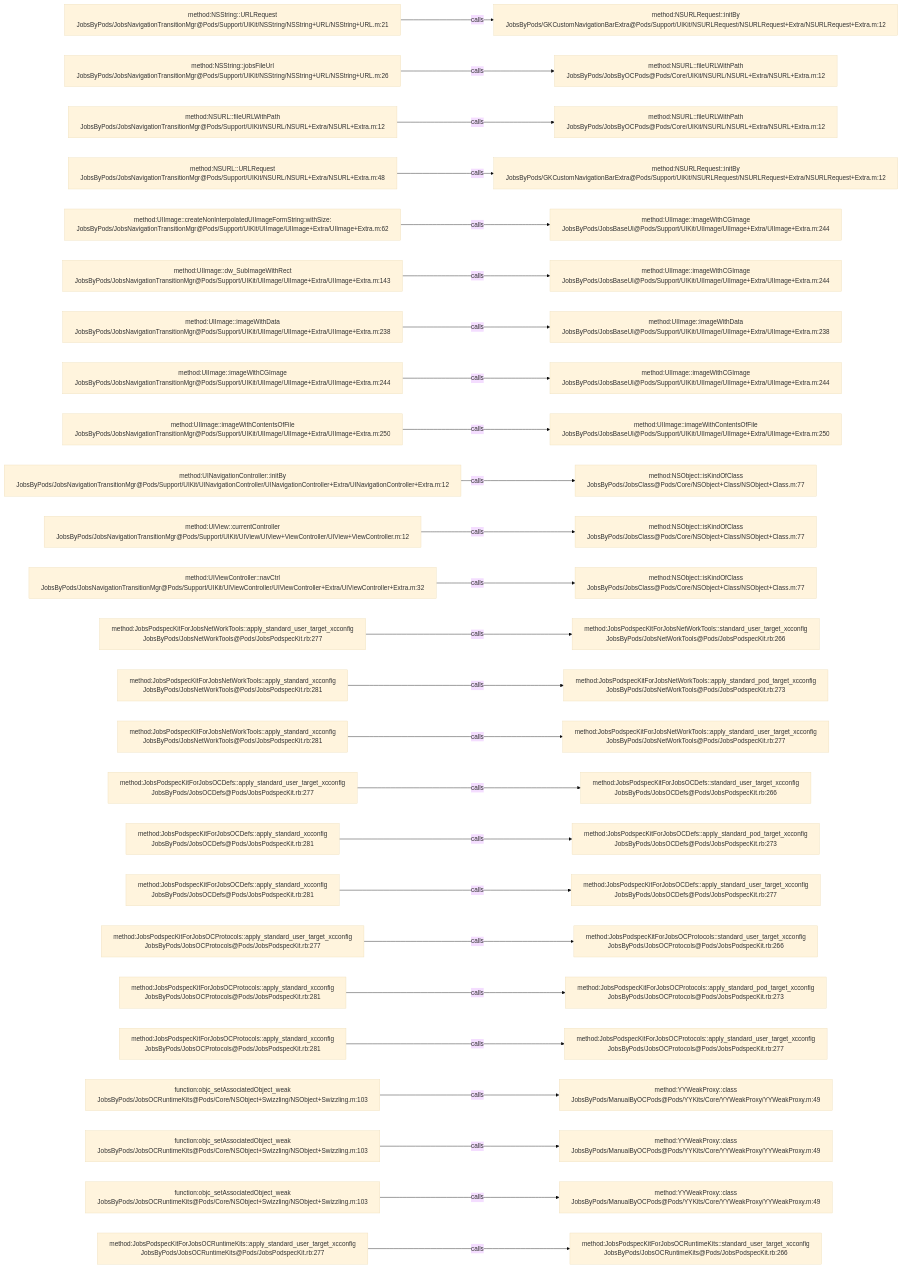
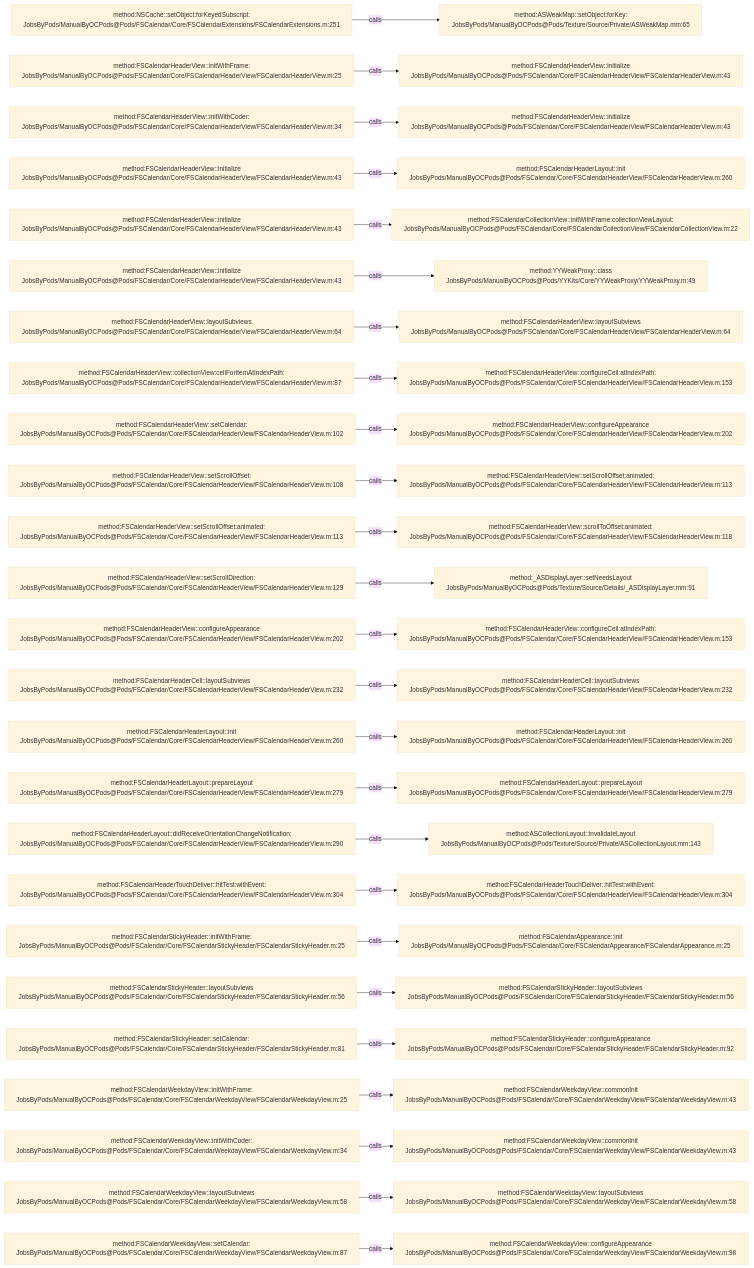
One commit to JobsKits/JobsOCBaseConfigDemo changed the diagram in .codegraph/codegraph.md/graphs/calls-011.md. Above: the diagram before and after it, drawn with Mermaid (base theme). The commit also changed 1448 other files, not shown here.

````diff
--- a/.codegraph/codegraph.md/graphs/calls-011.md
+++ b/.codegraph/codegraph.md/graphs/calls-011.md
@@ -13,78 +13,78 @@
 ```mermaid
 flowchart LR
-  S1["method:NSString::URLRequest<br/>JobsByPods/JobsNavigationTransitionMgr@Pods/Support/UIKit/NSString/NSString+URL/NSString+URL.m:21"]
-  T1["method:NSURLRequest::initBy<br/>JobsByPods/GKCustomNavigationBarExtra@Pods/Support/UIKit/NSURLRequest/NSURLRequest+Extra/NSURLRequest+Extra.m:12"]
+  S1["method:NSCache::setObject:forKeyedSubscript:<br/>JobsByPods/ManualByOCPods@Pods/FSCalendar/Core/FSCalendarExtensions/FSCalendarExtensions.m:251"]
+  T1["method:ASWeakMap::setObject:forKey:<br/>JobsByPods/ManualByOCPods@Pods/Texture/Source/Private/ASWeakMap.mm:65"]
   S1 -->|calls| T1
-  S2["method:NSString::jobsFileUrl<br/>JobsByPods/JobsNavigationTransitionMgr@Pods/Support/UIKit/NSString/NSString+URL/NSString+URL.m:26"]
-  T2["method:NSURL::fileURLWithPath<br/>JobsByPods/JobsByOCPods@Pods/Core/UIKit/NSURL/NSURL+Extra/NSURL+Extra.m:12"]
+  S2["method:FSCalendarHeaderView::initWithFrame:<br/>JobsByPods/ManualByOCPods@Pods/FSCalendar/Core/FSCalendarHeaderView/FSCalendarHeaderView.m:25"]
+  T2["method:FSCalendarHeaderView::initialize<br/>JobsByPods/ManualByOCPods@Pods/FSCalendar/Core/FSCalendarHeaderView/FSCalendarHeaderView.m:43"]
   S2 -->|calls| T2
-  S3["method:NSURL::fileURLWithPath<br/>JobsByPods/JobsNavigationTransitionMgr@Pods/Support/UIKit/NSURL/NSURL+Extra/NSURL+Extra.m:12"]
-  T3["method:NSURL::fileURLWithPath<br/>JobsByPods/JobsByOCPods@Pods/Core/UIKit/NSURL/NSURL+Extra/NSURL+Extra.m:12"]
+  S3["method:FSCalendarHeaderView::initWithCoder:<br/>JobsByPods/ManualByOCPods@Pods/FSCalendar/Core/FSCalendarHeaderView/FSCalendarHeaderView.m:34"]
+  T3["method:FSCalendarHeaderView::initialize<br/>JobsByPods/ManualByOCPods@Pods/FSCalendar/Core/FSCalendarHeaderView/FSCalendarHeaderView.m:43"]
   S3 -->|calls| T3
-  S4["method:NSURL::URLRequest<br/>JobsByPods/JobsNavigationTransitionMgr@Pods/Support/UIKit/NSURL/NSURL+Extra/NSURL+Extra.m:48"]
-  T4["method:NSURLRequest::initBy<br/>JobsByPods/GKCustomNavigationBarExtra@Pods/Support/UIKit/NSURLRequest/NSURLRequest+Extra/NSURLRequest+Extra.m:12"]
+  S4["method:FSCalendarHeaderView::initialize<br/>JobsByPods/ManualByOCPods@Pods/FSCalendar/Core/FSCalendarHeaderView/FSCalendarHeaderView.m:43"]
+  T4["method:FSCalendarHeaderLayout::init<br/>JobsByPods/ManualByOCPods@Pods/FSCalendar/Core/FSCalendarHeaderView/FSCalendarHeaderView.m:260"]
   S4 -->|calls| T4
-  S5["method:UIImage::createNonInterpolatedUIImageFormString:withSize:<br/>JobsByPods/JobsNavigationTransitionMgr@Pods/Support/UIKit/UIImage/UIImage+Extra/UIImage+Extra.m:62"]
-  T5["method:UIImage::imageWithCGImage<br/>JobsByPods/JobsBaseUI@Pods/Support/UIKit/UIImage/UIImage+Extra/UIImage+Extra.m:244"]
+  S5["method:FSCalendarHeaderView::initialize<br/>JobsByPods/ManualByOCPods@Pods/FSCalendar/Core/FSCalendarHeaderView/FSCalendarHeaderView.m:43"]
+  T5["method:FSCalendarCollectionView::initWithFrame:collectionViewLayout:<br/>JobsByPods/ManualByOCPods@Pods/FSCalendar/Core/FSCalendarCollectionView/FSCalendarCollectionView.m:22"]
   S5 -->|calls| T5
-  S6["method:UIImage::dw_SubImageWithRect<br/>JobsByPods/JobsNavigationTransitionMgr@Pods/Support/UIKit/UIImage/UIImage+Extra/UIImage+Extra.m:143"]
-  T6["method:UIImage::imageWithCGImage<br/>JobsByPods/JobsBaseUI@Pods/Support/UIKit/UIImage/UIImage+Extra/UIImage+Extra.m:244"]
+  S6["method:FSCalendarHeaderView::initialize<br/>JobsByPods/ManualByOCPods@Pods/FSCalendar/Core/FSCalendarHeaderView/FSCalendarHeaderView.m:43"]
+  T6["method:YYWeakProxy::class<br/>JobsByPods/ManualByOCPods@Pods/YYKits/Core/YYWeakProxy/YYWeakProxy.m:49"]
   S6 -->|calls| T6
-  S7["method:UIImage::imageWithData<br/>JobsByPods/JobsNavigationTransitionMgr@Pods/Support/UIKit/UIImage/UIImage+Extra/UIImage+Extra.m:238"]
-  T7["method:UIImage::imageWithData<br/>JobsByPods/JobsBaseUI@Pods/Support/UIKit/UIImage/UIImage+Extra/UIImage+Extra.m:238"]
+  S7["method:FSCalendarHeaderView::layoutSubviews<br/>JobsByPods/ManualByOCPods@Pods/FSCalendar/Core/FSCalendarHeaderView/FSCalendarHeaderView.m:64"]
+  T7["method:FSCalendarHeaderView::layoutSubviews<br/>JobsByPods/ManualByOCPods@Pods/FSCalendar/Core/FSCalendarHeaderView/FSCalendarHeaderView.m:64"]
   S7 -->|calls| T7
-  S8["method:UIImage::imageWithCGImage<br/>JobsByPods/JobsNavigationTransitionMgr@Pods/Support/UIKit/UIImage/UIImage+Extra/UIImage+Extra.m:244"]
-  T8["method:UIImage::imageWithCGImage<br/>JobsByPods/JobsBaseUI@Pods/Support/UIKit/UIImage/UIImage+Extra/UIImage+Extra.m:244"]
+  S8["method:FSCalendarHeaderView::collectionView:cellForItemAtIndexPath:<br/>JobsByPods/ManualByOCPods@Pods/FSCalendar/Core/FSCalendarHeaderView/FSCalendarHeaderView.m:87"]
+  T8["method:FSCalendarHeaderView::configureCell:atIndexPath:<br/>JobsByPods/ManualByOCPods@Pods/FSCalendar/Core/FSCalendarHeaderView/FSCalendarHeaderView.m:153"]
   S8 -->|calls| T8
-  S9["method:UIImage::imageWithContentsOfFile<br/>JobsByPods/JobsNavigationTransitionMgr@Pods/Support/UIKit/UIImage/UIImage+Extra/UIImage+Extra.m:250"]
-  T9["method:UIImage::imageWithContentsOfFile<br/>JobsByPods/JobsBaseUI@Pods/Support/UIKit/UIImage/UIImage+Extra/UIImage+Extra.m:250"]
+  S9["method:FSCalendarHeaderView::setCalendar:<br/>JobsByPods/ManualByOCPods@Pods/FSCalendar/Core/FSCalendarHeaderView/FSCalendarHeaderView.m:102"]
+  T9["method:FSCalendarHeaderView::configureAppearance<br/>JobsByPods/ManualByOCPods@Pods/FSCalendar/Core/FSCalendarHeaderView/FSCalendarHeaderView.m:202"]
   S9 -->|calls| T9
-  S10["method:UINavigationController::initBy<br/>JobsByPods/JobsNavigationTransitionMgr@Pods/Support/UIKit/UINavigationController/UINavigationController+Extra/UINavigationController+Extra.m:12"]
-  T10["method:NSObject::isKindOfClass<br/>JobsByPods/JobsClass@Pods/Core/NSObject+Class/NSObject+Class.m:77"]
+  S10["method:FSCalendarHeaderView::setScrollOffset:<br/>JobsByPods/ManualByOCPods@Pods/FSCalendar/Core/FSCalendarHeaderView/FSCalendarHeaderView.m:108"]
+  T10["method:FSCalendarHeaderView::setScrollOffset:animated:<br/>JobsByPods/ManualByOCPods@Pods/FSCalendar/Core/FSCalendarHeaderView/FSCalendarHeaderView.m:113"]
   S10 -->|calls| T10
-  S11["method:UIView::currentController<br/>JobsByPods/JobsNavigationTransitionMgr@Pods/Support/UIKit/UIView/UIView+ViewController/UIView+ViewController.m:12"]
-  T11["method:NSObject::isKindOfClass<br/>JobsByPods/JobsClass@Pods/Core/NSObject+Class/NSObject+Class.m:77"]
+  S11["method:FSCalendarHeaderView::setScrollOffset:animated:<br/>JobsByPods/ManualByOCPods@Pods/FSCalendar/Core/FSCalendarHeaderView/FSCalendarHeaderView.m:113"]
+  T11["method:FSCalendarHeaderView::scrollToOffset:animated:<br/>JobsByPods/ManualByOCPods@Pods/FSCalendar/Core/FSCalendarHeaderView/FSCalendarHeaderView.m:118"]
   S11 -->|calls| T11
-  S12["method:UIViewController::navCtrl<br/>JobsByPods/JobsNavigationTransitionMgr@Pods/Support/UIKit/UIViewController/UIViewController+Extra/UIViewController+Extra.m:32"]
-  T12["method:NSObject::isKindOfClass<br/>JobsByPods/JobsClass@Pods/Core/NSObject+Class/NSObject+Class.m:77"]
+  S12["method:FSCalendarHeaderView::setScrollDirection:<br/>JobsByPods/ManualByOCPods@Pods/FSCalendar/Core/FSCalendarHeaderView/FSCalendarHeaderView.m:129"]
+  T12["method:_ASDisplayLayer::setNeedsLayout<br/>JobsByPods/ManualByOCPods@Pods/Texture/Source/Details/_ASDisplayLayer.mm:91"]
   S12 -->|calls| T12
-  S13["method:JobsPodspecKitForJobsNetWorkTools::apply_standard_user_target_xcconfig<br/>JobsByPods/JobsNetWorkTools@Pods/JobsPodspecKit.rb:277"]
-  T13["method:JobsPodspecKitForJobsNetWorkTools::standard_user_target_xcconfig<br/>JobsByPods/JobsNetWorkTools@Pods/JobsPodspecKit.rb:266"]
+  S13["method:FSCalendarHeaderView::configureAppearance<br/>JobsByPods/ManualByOCPods@Pods/FSCalendar/Core/FSCalendarHeaderView/FSCalendarHeaderView.m:202"]
+  T13["method:FSCalendarHeaderView::configureCell:atIndexPath:<br/>JobsByPods/ManualByOCPods@Pods/FSCalendar/Core/FSCalendarHeaderView/FSCalendarHeaderView.m:153"]
   S13 -->|calls| T13
-  S14["method:JobsPodspecKitForJobsNetWorkTools::apply_standard_xcconfig<br/>JobsByPods/JobsNetWorkTools@Pods/JobsPodspecKit.rb:281"]
-  T14["method:JobsPodspecKitForJobsNetWorkTools::apply_standard_pod_target_xcconfig<br/>JobsByPods/JobsNetWorkTools@Pods/JobsPodspecKit.rb:273"]
+  S14["method:FSCalendarHeaderCell::layoutSubviews<br/>JobsByPods/ManualByOCPods@Pods/FSCalendar/Core/FSCalendarHeaderView/FSCalendarHeaderView.m:232"]
+  T14["method:FSCalendarHeaderCell::layoutSubviews<br/>JobsByPods/ManualByOCPods@Pods/FSCalendar/Core/FSCalendarHeaderView/FSCalendarHeaderView.m:232"]
   S14 -->|calls| T14
-  S15["method:JobsPodspecKitForJobsNetWorkTools::apply_standard_xcconfig<br/>JobsByPods/JobsNetWorkTools@Pods/JobsPodspecKit.rb:281"]
-  T15["method:JobsPodspecKitForJobsNetWorkTools::apply_standard_user_target_xcconfig<br/>JobsByPods/JobsNetWorkTools@Pods/JobsPodspecKit.rb:277"]
+  S15["method:FSCalendarHeaderLayout::init<br/>JobsByPods/ManualByOCPods@Pods/FSCalendar/Core/FSCalendarHeaderView/FSCalendarHeaderView.m:260"]
+  T15["method:FSCalendarHeaderLayout::init<br/>JobsByPods/ManualByOCPods@Pods/FSCalendar/Core/FSCalendarHeaderView/FSCalendarHeaderView.m:260"]
   S15 -->|calls| T15
-  S16["method:JobsPodspecKitForJobsOCDefs::apply_standard_user_target_xcconfig<br/>JobsByPods/JobsOCDefs@Pods/JobsPodspecKit.rb:277"]
-  T16["method:JobsPodspecKitForJobsOCDefs::standard_user_target_xcconfig<br/>JobsByPods/JobsOCDefs@Pods/JobsPodspecKit.rb:266"]
+  S16["method:FSCalendarHeaderLayout::prepareLayout<br/>JobsByPods/ManualByOCPods@Pods/FSCalendar/Core/FSCalendarHeaderView/FSCalendarHeaderView.m:279"]
+  T16["method:FSCalendarHeaderLayout::prepareLayout<br/>JobsByPods/ManualByOCPods@Pods/FSCalendar/Core/FSCalendarHeaderView/FSCalendarHeaderView.m:279"]
   S16 -->|calls| T16
-  S17["method:JobsPodspecKitForJobsOCDefs::apply_standard_xcconfig<br/>JobsByPods/JobsOCDefs@Pods/JobsPodspecKit.rb:281"]
-  T17["method:JobsPodspecKitForJobsOCDefs::apply_standard_pod_target_xcconfig<br/>JobsByPods/JobsOCDefs@Pods/JobsPodspecKit.rb:273"]
+  S17["method:FSCalendarHeaderLayout::didReceiveOrientationChangeNotification:<br/>JobsByPods/ManualByOCPods@Pods/FSCalendar/Core/FSCalendarHeaderView/FSCalendarHeaderView.m:290"]
+  T17["method:ASCollectionLayout::invalidateLayout<br/>JobsByPods/ManualByOCPods@Pods/Texture/Source/Private/ASCollectionLayout.mm:143"]
   S17 -->|calls| T17
-  S18["method:JobsPodspecKitForJobsOCDefs::apply_standard_xcconfig<br/>JobsByPods/JobsOCDefs@Pods/JobsPodspecKit.rb:281"]
-  T18["method:JobsPodspecKitForJobsOCDefs::apply_standard_user_target_xcconfig<br/>JobsByPods/JobsOCDefs@Pods/JobsPodspecKit.rb:277"]
+  S18["method:FSCalendarHeaderTouchDeliver::hitTest:withEvent:<br/>JobsByPods/ManualByOCPods@Pods/FSCalendar/Core/FSCalendarHeaderView/FSCalendarHeaderView.m:304"]
+  T18["method:FSCalendarHeaderTouchDeliver::hitTest:withEvent:<br/>JobsByPods/ManualByOCPods@Pods/FSCalendar/Core/FSCalendarHeaderView/FSCalendarHeaderView.m:304"]
   S18 -->|calls| T18
-  S19["method:JobsPodspecKitForJobsOCProtocols::apply_standard_user_target_xcconfig<br/>JobsByPods/JobsOCProtocols@Pods/JobsPodspecKit.rb:277"]
-  T19["method:JobsPodspecKitForJobsOCProtocols::standard_user_target_xcconfig<br/>JobsByPods/JobsOCProtocols@Pods/JobsPodspecKit.rb:266"]
+  S19["method:FSCalendarStickyHeader::initWithFrame:<br/>JobsByPods/ManualByOCPods@Pods/FSCalendar/Core/FSCalendarStickyHeader/FSCalendarStickyHeader.m:25"]
+  T19["method:FSCalendarAppearance::init<br/>JobsByPods/ManualByOCPods@Pods/FSCalendar/Core/FSCalendarAppearance/FSCalendarAppearance.m:25"]
   S19 -->|calls| T19
-  S20["method:JobsPodspecKitForJobsOCProtocols::apply_standard_xcconfig<br/>JobsByPods/JobsOCProtocols@Pods/JobsPodspecKit.rb:281"]
-  T20["method:JobsPodspecKitForJobsOCProtocols::apply_standard_pod_target_xcconfig<br/>JobsByPods/JobsOCProtocols@Pods/JobsPodspecKit.rb:273"]
+  S20["method:FSCalendarStickyHeader::layoutSubviews<br/>JobsByPods/ManualByOCPods@Pods/FSCalendar/Core/FSCalendarStickyHeader/FSCalendarStickyHeader.m:56"]
+  T20["method:FSCalendarStickyHeader::layoutSubviews<br/>JobsByPods/ManualByOCPods@Pods/FSCalendar/Core/FSCalendarStickyHeader/FSCalendarStickyHeader.m:56"]
   S20 -->|calls| T20
-  S21["method:JobsPodspecKitForJobsOCProtocols::apply_standard_xcconfig<br/>JobsByPods/JobsOCProtocols@Pods/JobsPodspecKit.rb:281"]
-  T21["method:JobsPodspecKitForJobsOCProtocols::apply_standard_user_target_xcconfig<br/>JobsByPods/JobsOCProtocols@Pods/JobsPodspecKit.rb:277"]
+  S21["method:FSCalendarStickyHeader::setCalendar:<br/>JobsByPods/ManualByOCPods@Pods/FSCalendar/Core/FSCalendarStickyHeader/FSCalendarStickyHeader.m:81"]
+  T21["method:FSCalendarStickyHeader::configureAppearance<br/>JobsByPods/ManualByOCPods@Pods/FSCalendar/Core/FSCalendarStickyHeader/FSCalendarStickyHeader.m:92"]
   S21 -->|calls| T21
-  S22["function:objc_setAssociatedObject_weak<br/>JobsByPods/JobsOCRuntimeKits@Pods/Core/NSObject+Swizzling/NSObject+Swizzling.m:103"]
-  T22["method:YYWeakProxy::class<br/>JobsByPods/ManualByOCPods@Pods/YYKits/Core/YYWeakProxy/YYWeakProxy.m:49"]
+  S22["method:FSCalendarWeekdayView::initWithFrame:<br/>JobsByPods/ManualByOCPods@Pods/FSCalendar/Core/FSCalendarWeekdayView/FSCalendarWeekdayView.m:25"]
+  T22["method:FSCalendarWeekdayView::commonInit<br/>JobsByPods/ManualByOCPods@Pods/FSCalendar/Core/FSCalendarWeekdayView/FSCalendarWeekdayView.m:43"]
   S22 -->|calls| T22
-  S23["function:objc_setAssociatedObject_weak<br/>JobsByPods/JobsOCRuntimeKits@Pods/Core/NSObject+Swizzling/NSObject+Swizzling.m:103"]
-  T23["method:YYWeakProxy::class<br/>JobsByPods/ManualByOCPods@Pods/YYKits/Core/YYWeakProxy/YYWeakProxy.m:49"]
+  S23["method:FSCalendarWeekdayView::initWithCoder:<br/>JobsByPods/ManualByOCPods@Pods/FSCalendar/Core/FSCalendarWeekdayView/FSCalendarWeekdayView.m:34"]
+  T23["method:FSCalendarWeekdayView::commonInit<br/>JobsByPods/ManualByOCPods@Pods/FSCalendar/Core/FSCalendarWeekdayView/FSCalendarWeekdayView.m:43"]
   S23 -->|calls| T23
-  S24["function:objc_setAssociatedObject_weak<br/>JobsByPods/JobsOCRuntimeKits@Pods/Core/NSObject+Swizzling/NSObject+Swizzling.m:103"]
-  T24["method:YYWeakProxy::class<br/>JobsByPods/ManualByOCPods@Pods/YYKits/Core/YYWeakProxy/YYWeakProxy.m:49"]
+  S24["method:FSCalendarWeekdayView::layoutSubviews<br/>JobsByPods/ManualByOCPods@Pods/FSCalendar/Core/FSCalendarWeekdayView/FSCalendarWeekdayView.m:58"]
+  T24["method:FSCalendarWeekdayView::layoutSubviews<br/>JobsByPods/ManualByOCPods@Pods/FSCalendar/Core/FSCalendarWeekdayView/FSCalendarWeekdayView.m:58"]
   S24 -->|calls| T24
-  S25["method:JobsPodspecKitForJobsOCRuntimeKits::apply_standard_user_target_xcconfig<br/>JobsByPods/JobsOCRuntimeKits@Pods/JobsPodspecKit.rb:277"]
-  T25["method:JobsPodspecKitForJobsOCRuntimeKits::standard_user_target_xcconfig<br/>JobsByPods/JobsOCRuntimeKits@Pods/JobsPodspecKit.rb:266"]
+  S25["method:FSCalendarWeekdayView::setCalendar:<br/>JobsByPods/ManualByOCPods@Pods/FSCalendar/Core/FSCalendarWeekdayView/FSCalendarWeekdayView.m:87"]
+  T25["method:FSCalendarWeekdayView::configureAppearance<br/>JobsByPods/ManualByOCPods@Pods/FSCalendar/Core/FSCalendarWeekdayView/FSCalendarWeekdayView.m:98"]
   S25 -->|calls| T25
 ```
````
